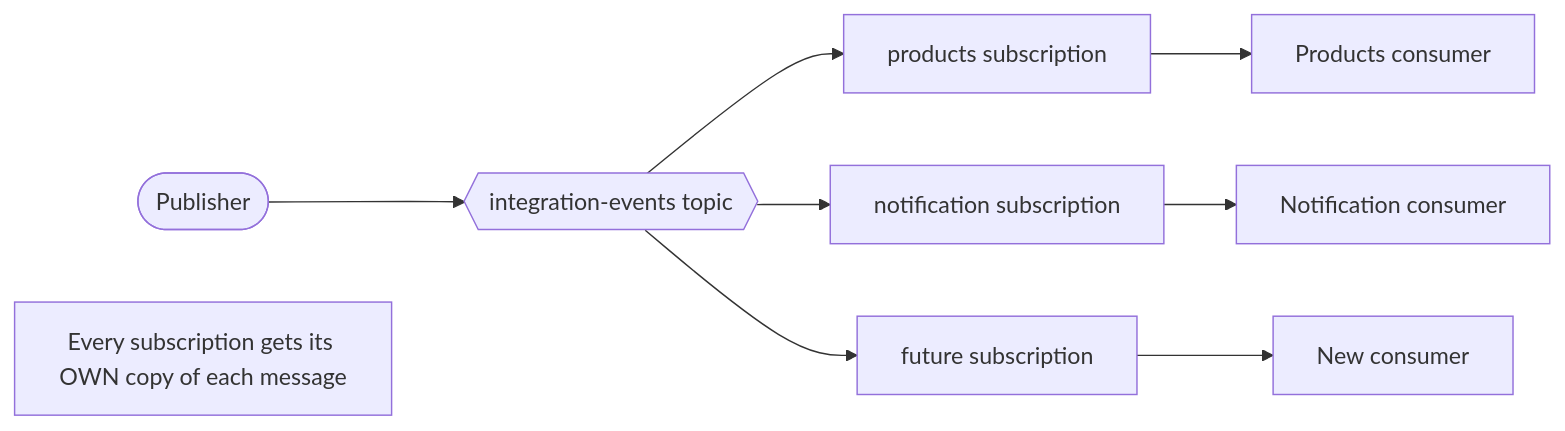
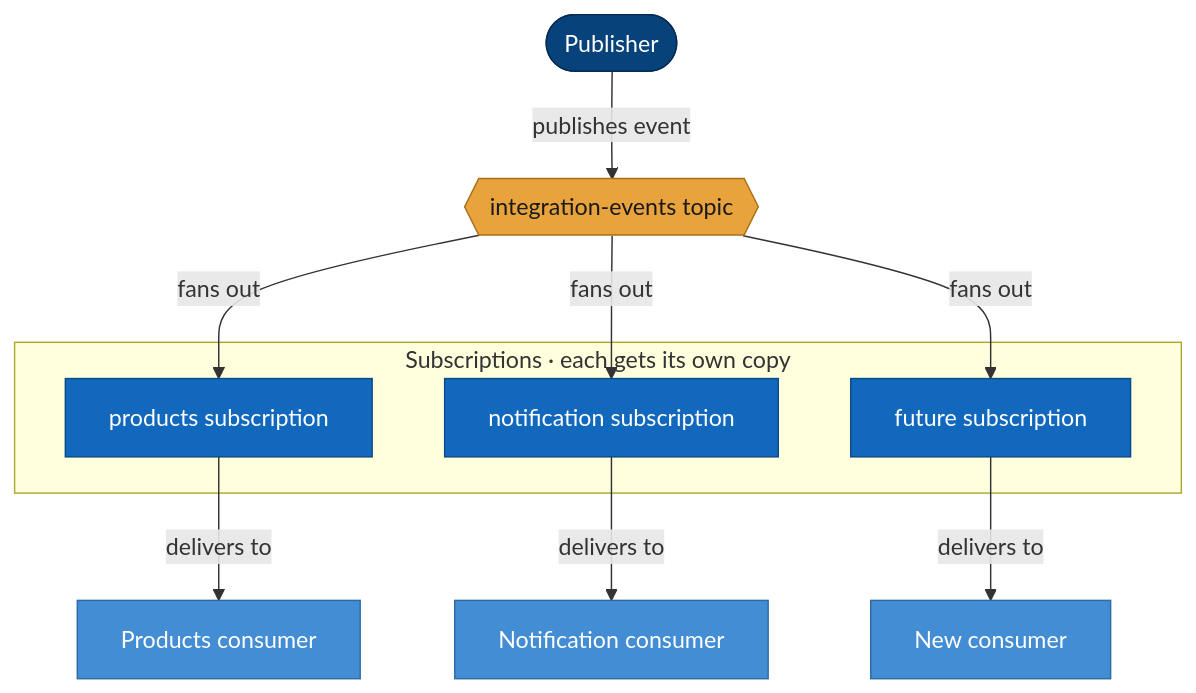
One commit to seesathish/AntKart-Src3 changed the second of 3 diagrams in docs/guides/messaging-concepts.md. Above: the diagram before and after it, drawn with Mermaid. The commit also changed other lines of this file and 4 other files, not shown here.

First line of the commit message:
docs: standardise all concept-guide Mermaid diagrams to one visual standard

````diff
--- a/docs/guides/messaging-concepts.md
+++ b/docs/guides/messaging-concepts.md
@@ -45,8 +60,27 @@
 ```mermaid
-flowchart LR
-    PUB([Publisher]) --> T{{integration-events topic}}
-    T --> S1[products subscription] --> H1[Products consumer]
-    T --> S2[notification subscription] --> H2[Notification consumer]
-    T --> S3[future subscription] --> H3[New consumer]
-    note["Every subscription gets its OWN copy of each message"]
+flowchart TB
+    PUB([Publisher]) -->|publishes event| T{{integration-events topic}}
+    subgraph Subs["Subscriptions · each gets its own copy"]
+      S1[products subscription]
+      S2[notification subscription]
+      S3[future subscription]
+    end
+    T -->|fans out| S1
+    T -->|fans out| S2
+    T -->|fans out| S3
+    S1 -->|delivers to| H1[Products consumer]
+    S2 -->|delivers to| H2[Notification consumer]
+    S3 -->|delivers to| H3[New consumer]
+
+    classDef actor   fill:#08427B,stroke:#052c54,color:#ffffff;
+    classDef primary fill:#1168BD,stroke:#0b4a87,color:#ffffff;
+    classDef service fill:#438DD5,stroke:#2d6ca3,color:#ffffff;
+    classDef data    fill:#85BBF0,stroke:#5a9bd4,color:#0b2545;
+    classDef external fill:#8B8B8B,stroke:#5f5f5f,color:#ffffff;
+    classDef focus   fill:#E8A33D,stroke:#a96f16,color:#1a1a1a;
+
+    class PUB actor
+    class S1,S2,S3 primary
+    class H1,H2,H3 service
+    class T focus
 ```
````
